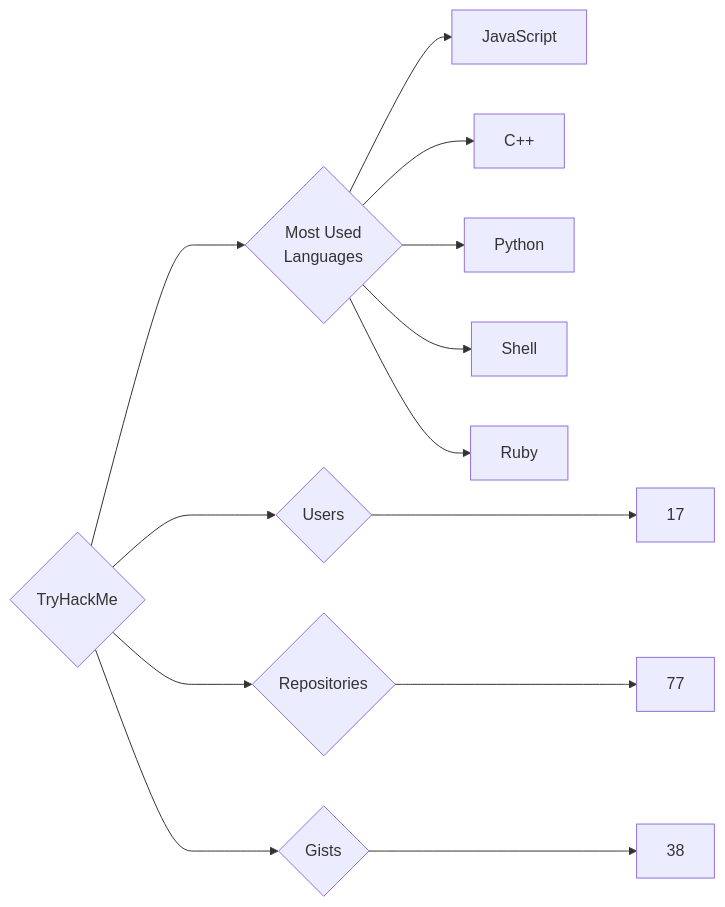
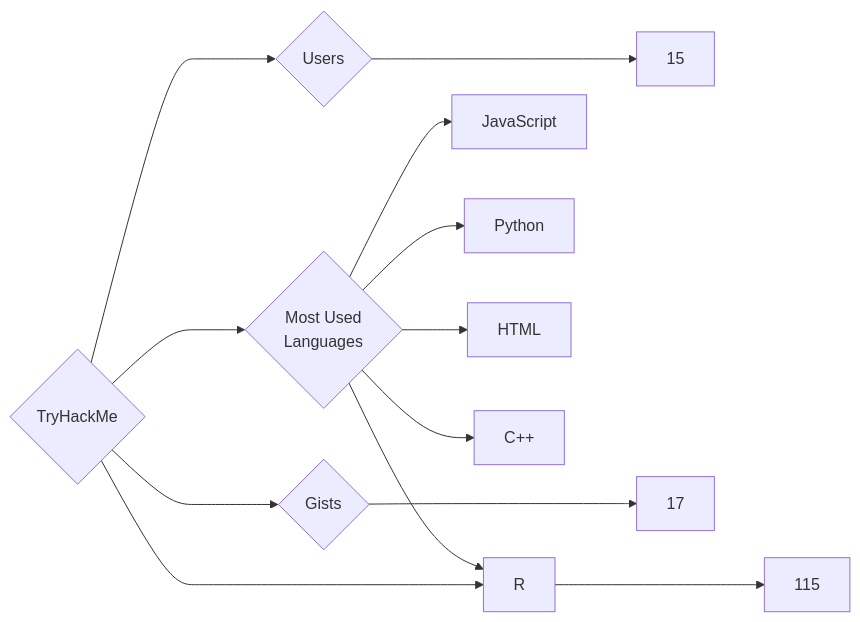
One commit to trickest/insiders changed the diagram in targets/TryHackMe/README.md. Above: the diagram before and after it, drawn with Mermaid. The commit also changed 912 other files, not shown here.

````diff
--- a/targets/TryHackMe/README.md
+++ b/targets/TryHackMe/README.md
@@ -3,13 +3,13 @@
 ```mermaid
 graph LR
 COMPANY_NAME{TryHackMe}
-COMPANY_NAME ---> U{Users} ---> UN[17]
-COMPANY_NAME ---> R{Repositories} ---> RN[77]
-COMPANY_NAME ---> G{Gists} ---> GN[38]
+COMPANY_NAME ---> U{Users} ---> UN[15]
+COMPANY_NAME ---> R{Repositories} ---> RN[115]
+COMPANY_NAME ---> G{Gists} ---> GN[17]
 COMPANY_NAME ---> ML{Most Used<br>Languages}
 ML --> JavaScript[JavaScript]
+ML --> Python[Python]
+ML --> HTML[HTML]
 ML --> C++[C++]
-ML --> Python[Python]
-ML --> Shell[Shell]
-ML --> Ruby[Ruby]
+ML --> R[R]
 ```
````
